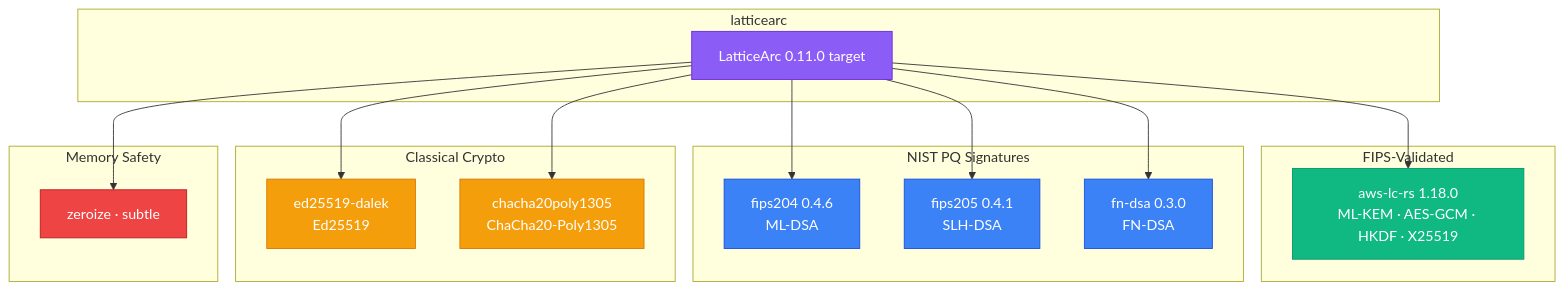
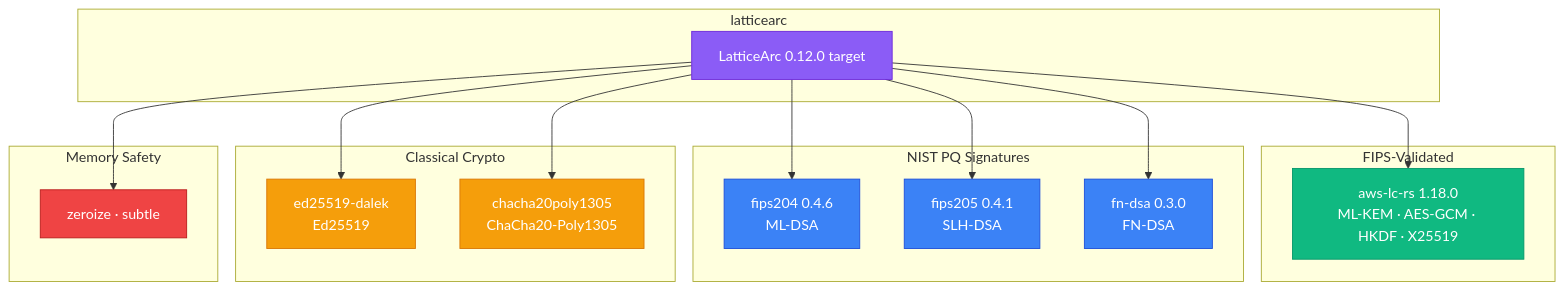
One commit to LatticeArc/latticearc changed the diagram in docs/DEPENDENCY_JUSTIFICATION.md. Above: the diagram before and after it, drawn with Mermaid. The commit also changed other lines of this file and 10 other files, not shown here.

````diff
--- a/docs/DEPENDENCY_JUSTIFICATION.md
+++ b/docs/DEPENDENCY_JUSTIFICATION.md
@@ -12,45 +12,45 @@
 ```mermaid
 flowchart TB
     subgraph "latticearc"
-        LA[LatticeArc 0.11.0 target]
+        LA[LatticeArc 0.12.0 target]
     end
 
     subgraph "FIPS-Validated"
         AWSLC["aws-lc-rs 1.18.0\nML-KEM · AES-GCM · HKDF · X25519"]
     end
 
     subgraph "NIST PQ Signatures"
         F204["fips204 0.4.6\nML-DSA"]
         F205["fips205 0.4.1\nSLH-DSA"]
         FNDSA["fn-dsa 0.3.0\nFN-DSA"]
     end
 
     subgraph "Classical Crypto"
         DALEK["ed25519-dalek\nEd25519"]
         CHA["chacha20poly1305\nChaCha20-Poly1305"]
     end
 
     subgraph "Memory Safety"
         ZERO["zeroize · subtle"]
     end
 
     LA --> AWSLC
     LA --> F204
     LA --> F205
     LA --> FNDSA
     LA --> DALEK
     LA --> CHA
     LA --> ZERO
 
     classDef main fill:#8b5cf6,stroke:#6d28d9,color:#fff
     classDef fips fill:#10b981,stroke:#059669,color:#fff
     classDef nist fill:#3b82f6,stroke:#1d4ed8,color:#fff
     classDef cl fill:#f59e0b,stroke:#d97706,color:#fff
     classDef safety fill:#ef4444,stroke:#b91c1c,color:#fff
 
     class LA main
     class AWSLC fips
     class F204,F205,FNDSA nist
     class DALEK,CHA cl
     class ZERO safety
 ```
````
